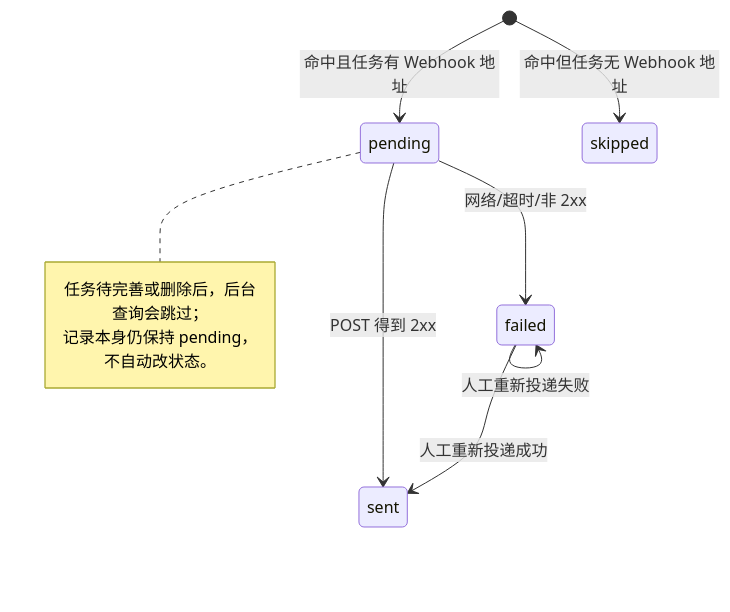
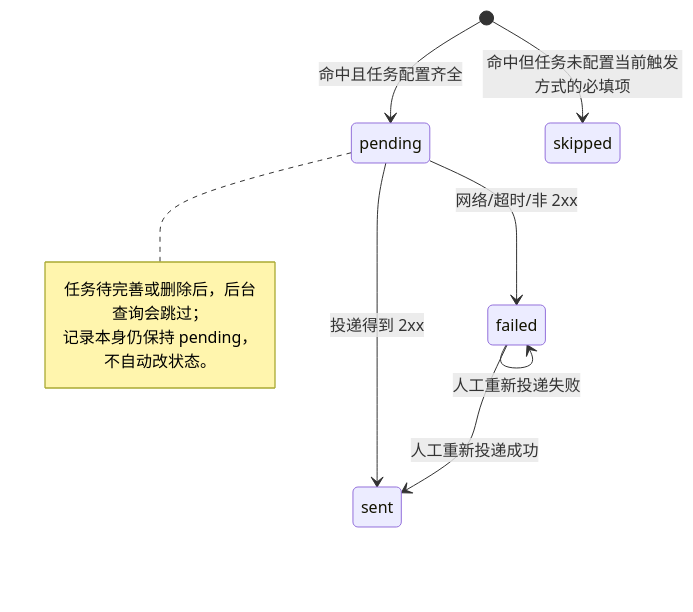
Before and after one commit to RASH-xiaowang/super_time: the third of 3 diagrams in docs/TASK-CENTER.md, drawn with Mermaid. The commit also changed other lines of this file and 40 other files, not shown here.

````diff
--- a/docs/TASK-CENTER.md
+++ b/docs/TASK-CENTER.md
@@ -211,13 +251,13 @@
 ```mermaid
 stateDiagram-v2
-    [*] --> pending: 命中且任务有 Webhook 地址
-    [*] --> skipped: 命中但任务无 Webhook 地址
-    pending --> sent: POST 得到 2xx
+    [*] --> pending: 命中且任务配置齐全
+    [*] --> skipped: 命中但任务未配置当前触发方式的必填项
+    pending --> sent: 投递得到 2xx
     pending --> failed: 网络/超时/非 2xx
     failed --> sent: 人工重新投递成功
     failed --> failed: 人工重新投递失败
     note right of pending
         任务待完善或删除后，后台查询会跳过；
         记录本身仍保持 pending，不自动改状态。
     end note
 ```
````
